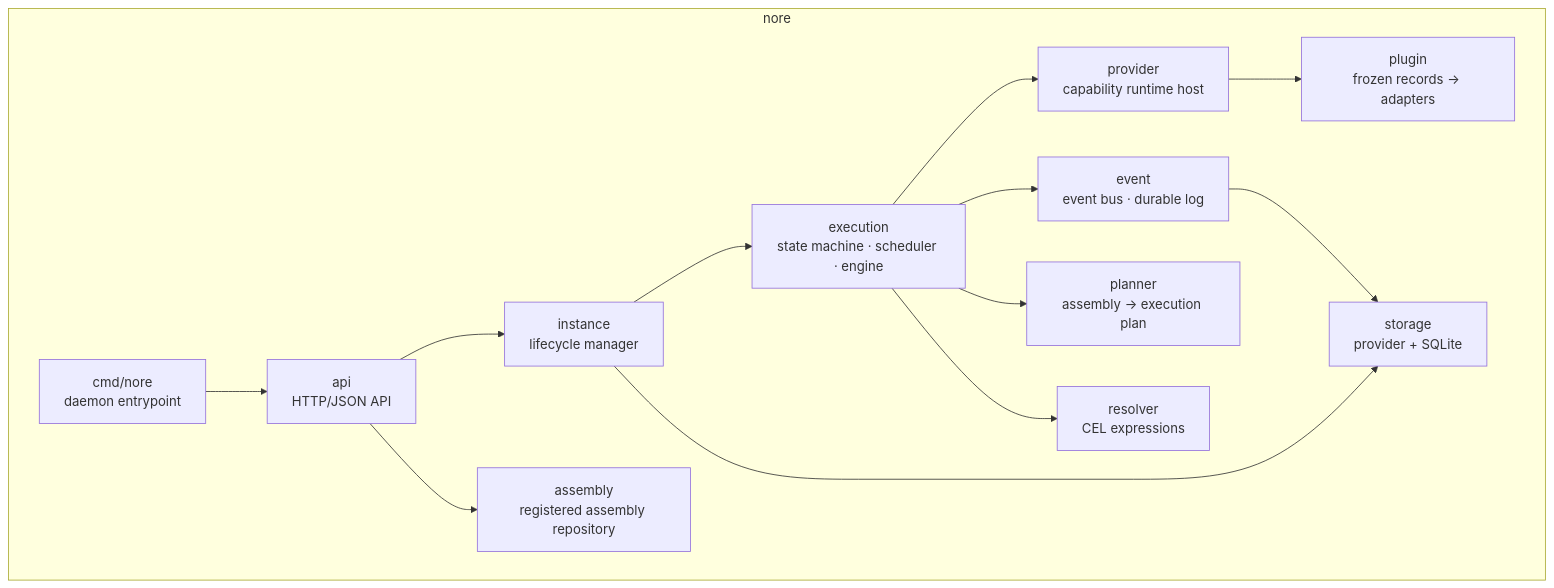
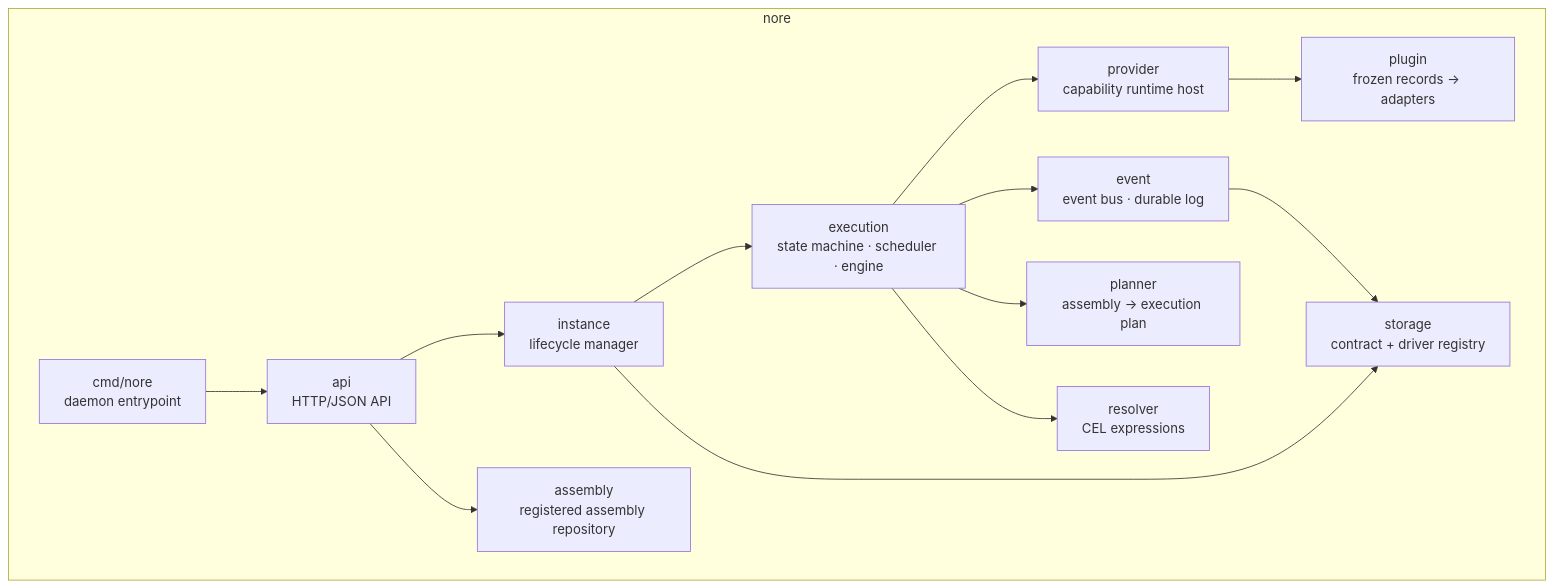
Before and after one commit to neuron-runtime/neuron: the fifth of 10 diagrams in docs/ARCHITECTURE.md, drawn with Mermaid. The commit also changed other lines of this file and 1 other file, not shown here.

First line of the commit message:
docs(persistence): record storage guarantees and phase 1 findings

````diff
--- a/docs/ARCHITECTURE.md
+++ b/docs/ARCHITECTURE.md
@@ -316,28 +316,28 @@
 ```mermaid
 flowchart TB
     subgraph nore
         cmd[cmd/nore<br/>daemon entrypoint]
         api[api<br/>HTTP/JSON API]
         inst[instance<br/>lifecycle manager]
         exec[execution<br/>state machine · scheduler · engine]
         ev[event<br/>event bus · durable log]
         rt[provider<br/>capability runtime host]
         pl[planner<br/>assembly → execution plan]
         rv[resolver<br/>CEL expressions]
-        st[storage<br/>provider + SQLite]
+        st[storage<br/>contract + driver registry]
         sys[assembly<br/>registered assembly repository]
         plugin[plugin<br/>frozen records → adapters]
     end
 
     cmd --> api
     api --> inst
     api --> sys
     inst --> exec
     exec --> ev
     exec --> rt
     exec --> pl
     rt --> plugin
     exec --> rv
     ev --> st
     inst --> st
 ```
````
